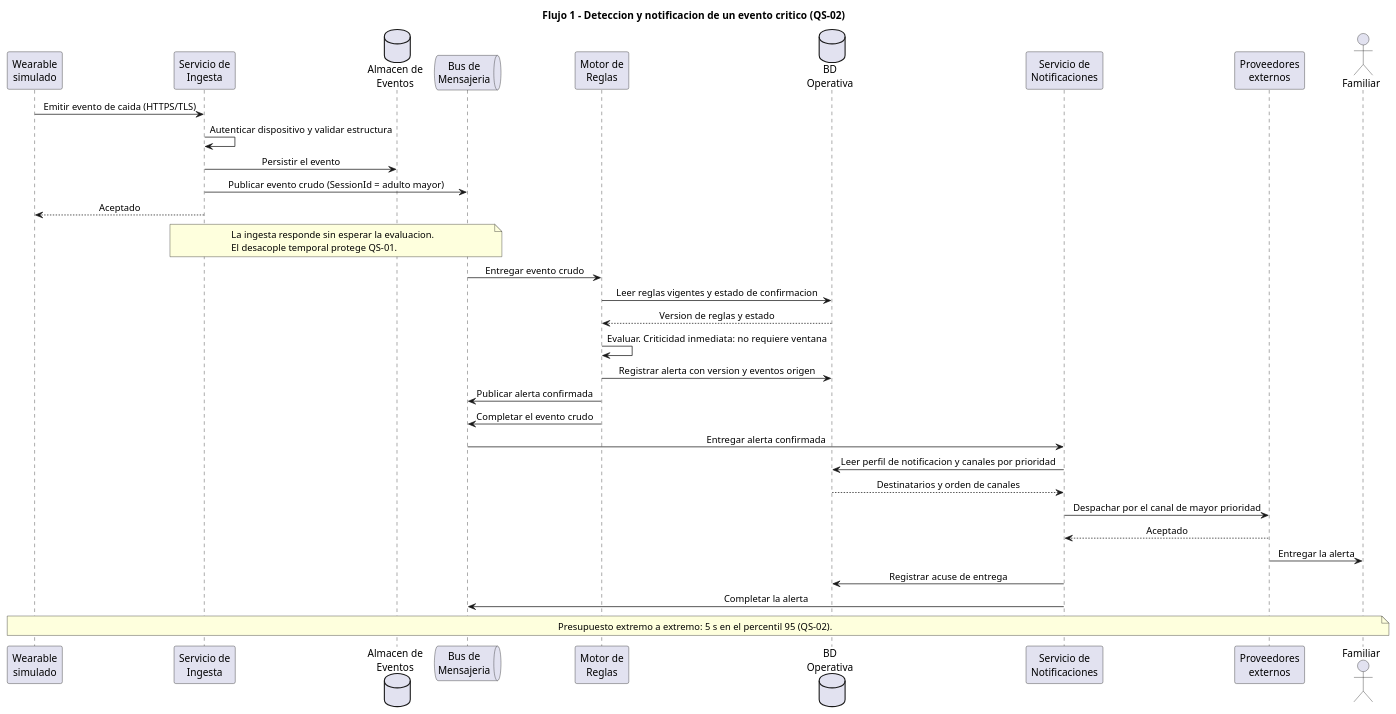
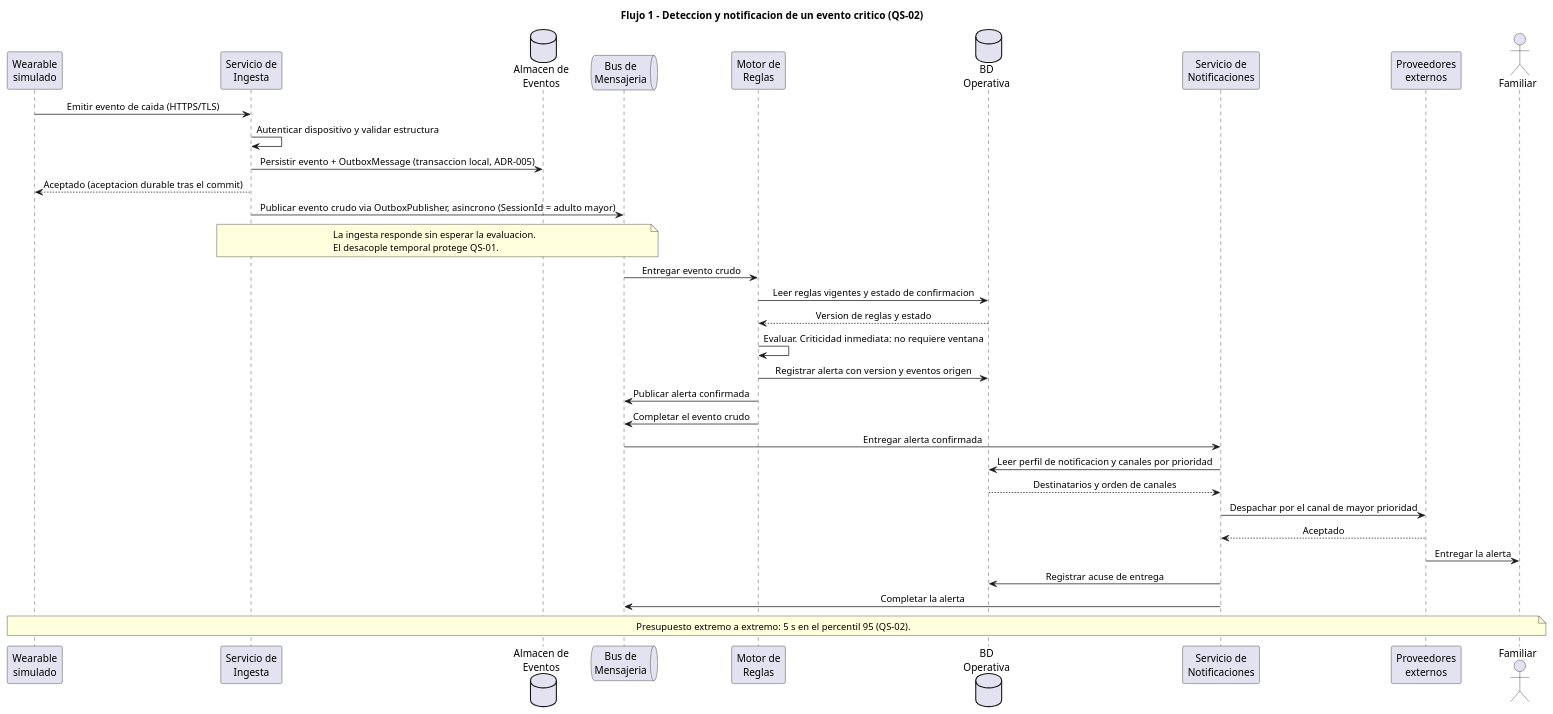
One commit to pswe04-seniorcarehub/pswe04-senior-care-hub-c2-2026 changed the first of 3 diagrams in diagramas/comportamiento.puml. Above: the diagram before and after it, drawn with PlantUML. The commit also changed 1 other file, not shown here.

Commit message:
docs(vistas): alinear el flujo de ingesta y el presupuesto de latencia con la aceptacion durable de adr-005

```diff
--- a/diagramas/comportamiento.puml
+++ b/diagramas/comportamiento.puml
@@ -8,50 +8,50 @@
 @startuml comportamiento-01-evento-critico
 skinparam backgroundColor transparent
 skinparam sequenceMessageAlign center
 skinparam ParticipantPadding 12
 
 title Flujo 1 - Deteccion y notificacion de un evento critico (QS-02)
 
 participant "Wearable\nsimulado" as WE
 participant "Servicio de\nIngesta" as ING
 database "Almacen de\nEventos" as BDE
 queue "Bus de\nMensajeria" as BUS
 participant "Motor de\nReglas" as MR
 database "BD\nOperativa" as BDO
 participant "Servicio de\nNotificaciones" as SN
 participant "Proveedores\nexternos" as PR
 actor "Familiar" as FA
 
 WE -> ING: Emitir evento de caida (HTTPS/TLS)
 ING -> ING: Autenticar dispositivo y validar estructura
-ING -> BDE: Persistir el evento
-ING -> BUS: Publicar evento crudo (SessionId = adulto mayor)
-ING --> WE: Aceptado
+ING -> BDE: Persistir evento + OutboxMessage (transaccion local, ADR-005)
+ING --> WE: Aceptado (aceptacion durable tras el commit)
+ING -> BUS: Publicar evento crudo via OutboxPublisher, asincrono (SessionId = adulto mayor)
 
 note over ING, BUS
   La ingesta responde sin esperar la evaluacion.
   El desacople temporal protege QS-01.
 end note
 
 BUS -> MR: Entregar evento crudo
 MR -> BDO: Leer reglas vigentes y estado de confirmacion
 BDO --> MR: Version de reglas y estado
 MR -> MR: Evaluar. Criticidad inmediata: no requiere ventana
 MR -> BDO: Registrar alerta con version y eventos origen
 MR -> BUS: Publicar alerta confirmada
 MR -> BUS: Completar el evento crudo
 
 BUS -> SN: Entregar alerta confirmada
 SN -> BDO: Leer perfil de notificacion y canales por prioridad
 BDO --> SN: Destinatarios y orden de canales
 SN -> PR: Despachar por el canal de mayor prioridad
 PR --> SN: Aceptado
 PR -> FA: Entregar la alerta
 SN -> BDO: Registrar acuse de entrega
 SN -> BUS: Completar la alerta
 
 note over WE, FA
   Presupuesto extremo a extremo: 5 s en el percentil 95 (QS-02).
 end note
 
 @enduml
```
